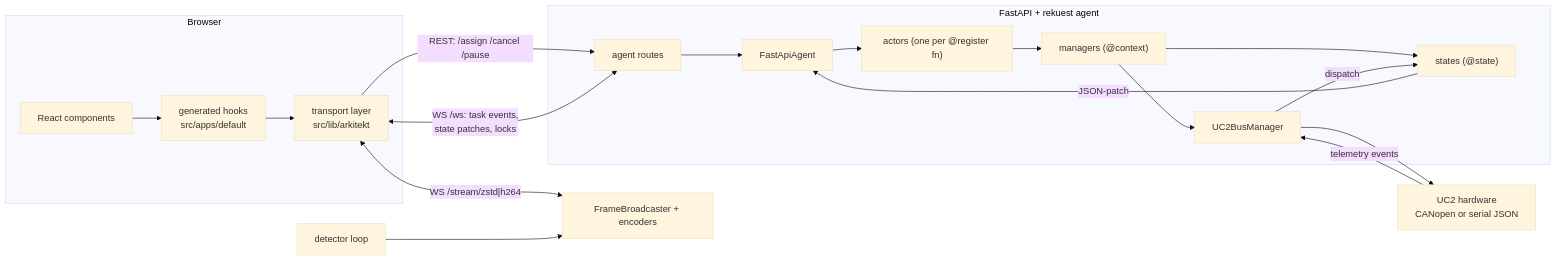
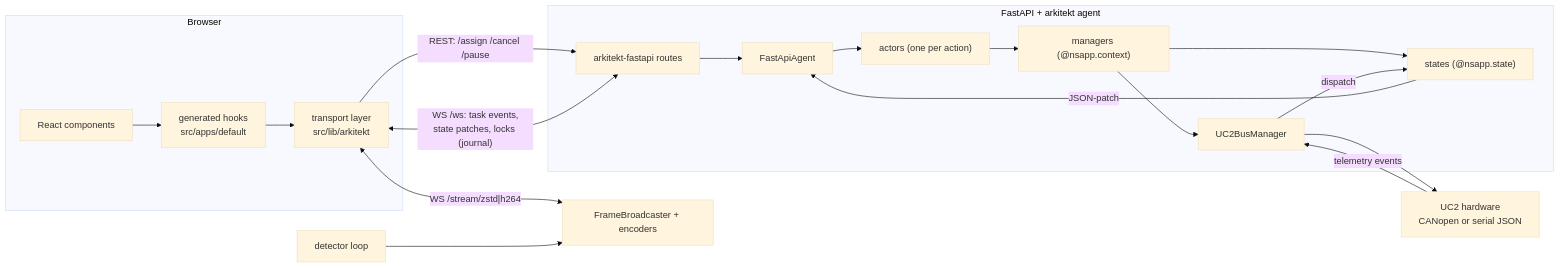
Before and after one commit to openUC2/newswitch: the first of 2 diagrams in docs/ARCHITECTURE.md, drawn with Mermaid (base theme). The commit also changed other lines of this file and 2 other files, not shown here.

First line of the commit message:
docs: describe the arkitekt stack in architecture and developer docs

````diff
--- a/docs/ARCHITECTURE.md
+++ b/docs/ARCHITECTURE.md
@@ -23,21 +34,21 @@
 ```mermaid
 flowchart LR
     subgraph Browser
         UI[React components] --> Hooks[generated hooks<br/>src/apps/default]
         Hooks --> TP[transport layer<br/>src/lib/arkitekt]
     end
     TP -- "REST: /assign /cancel /pause" --> API
-    TP <-- "WS /ws: task events,<br/>state patches, locks" --> API
+    TP <-- "WS /ws: task events,<br/>state patches, locks (journal)" --> API
     TP <-- "WS /stream/zstd|h264" --> ENC[FrameBroadcaster + encoders]
-    subgraph Backend[FastAPI + rekuest agent]
-        API[agent routes] --> AG[FastApiAgent]
-        AG --> ACT["actors (one per @register fn)"]
-        ACT --> MGR["managers (@context)"]
-        MGR --> ST["states (@state)"]
+    subgraph Backend[FastAPI + arkitekt agent]
+        API[arkitekt-fastapi routes] --> AG[FastApiAgent]
+        AG --> ACT["actors (one per action)"]
+        ACT --> MGR["managers (@nsapp.context)"]
+        MGR --> ST["states (@nsapp.state)"]
         ST -- JSON-patch --> AG
         MGR --> BUS[UC2BusManager]
     end
     BUS --> HW[UC2 hardware<br/>CANopen or serial JSON]
     HW -- telemetry events --> BUS -- dispatch --> ST
     DET[detector loop] --> ENC
 ```
````
